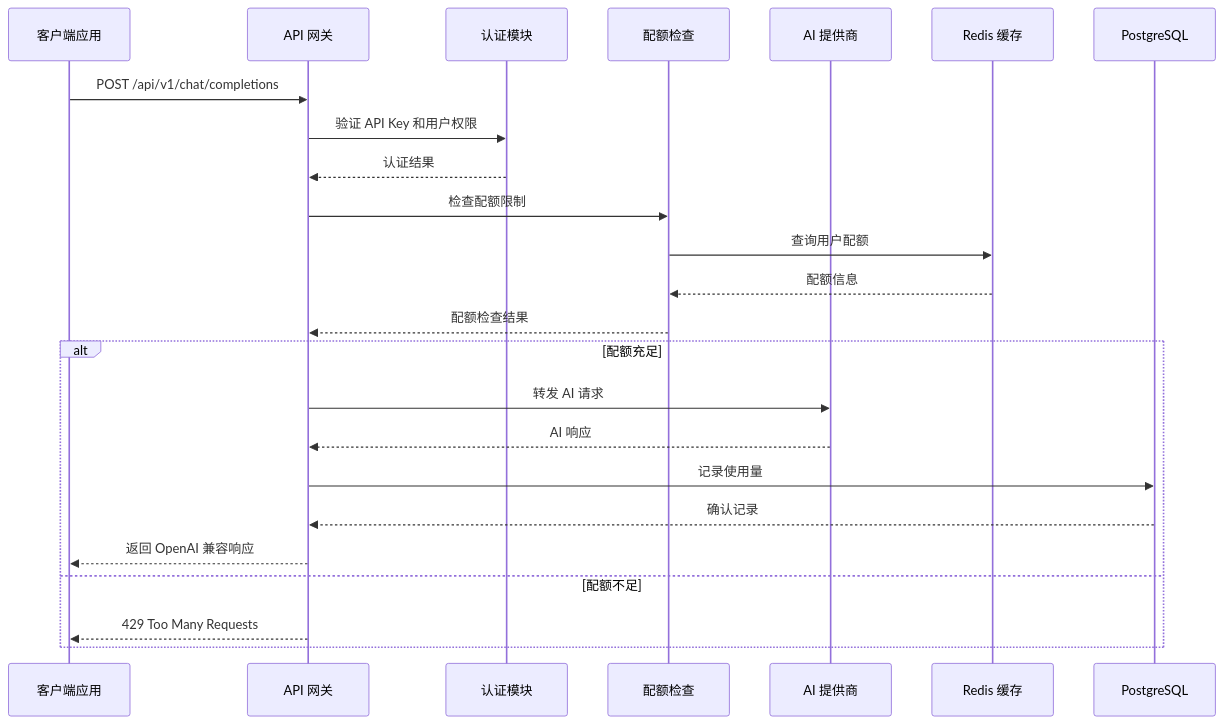
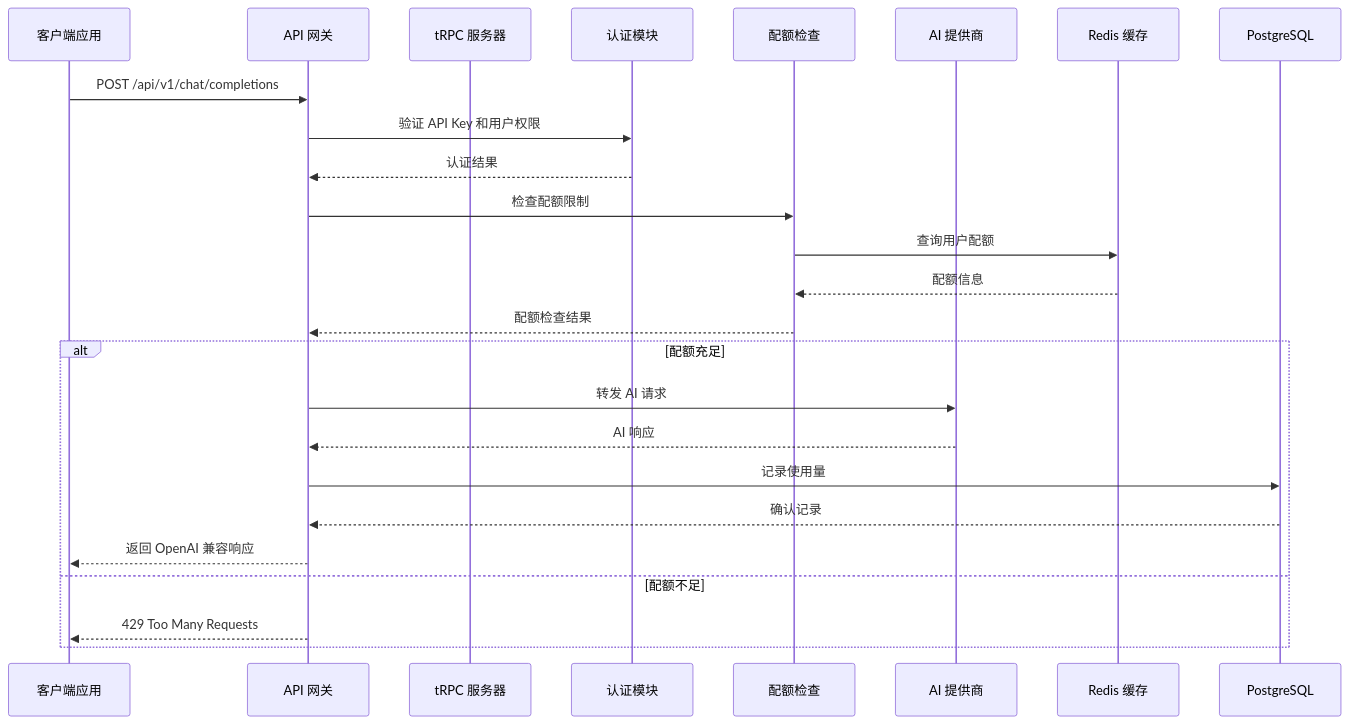
Before and after one commit to RadiumAg/AIGate: the second of 12 diagrams in .qoder/repowiki/zh/content/OpenAI 兼容聊天完成 API.md, drawn with Mermaid. The commit also changed other lines of this file and 9 other files, not shown here.

````diff
--- a/.qoder/repowiki/zh/content/OpenAI 兼容聊天完成 API.md
+++ b/.qoder/repowiki/zh/content/OpenAI 兼容聊天完成 API.md
@@ -140,26 +166,27 @@
 ```mermaid
 sequenceDiagram
 participant Client as 客户端应用
 participant API as API 网关
+participant TRPC as tRPC 服务器
 participant Auth as 认证模块
 participant Quota as 配额检查
 participant Provider as AI 提供商
 participant Cache as Redis 缓存
 participant DB as PostgreSQL
 Client->>API : POST /api/v1/chat/completions
 API->>Auth : 验证 API Key 和用户权限
 Auth-->>API : 认证结果
 API->>Quota : 检查配额限制
 Quota->>Cache : 查询用户配额
 Cache-->>Quota : 配额信息
 Quota-->>API : 配额检查结果
 alt 配额充足
 API->>Provider : 转发 AI 请求
 Provider-->>API : AI 响应
 API->>DB : 记录使用量
 DB-->>API : 确认记录
 API-->>Client : 返回 OpenAI 兼容响应
 else 配额不足
 API-->>Client : 429 Too Many Requests
 end
 ```
````
